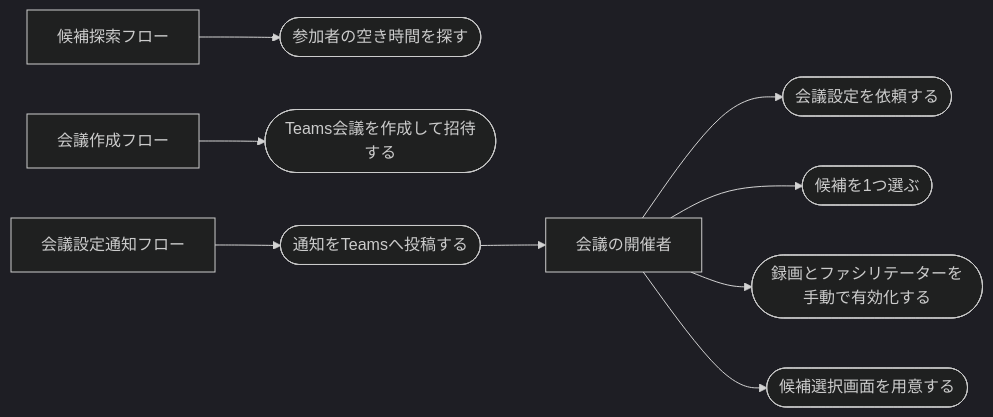
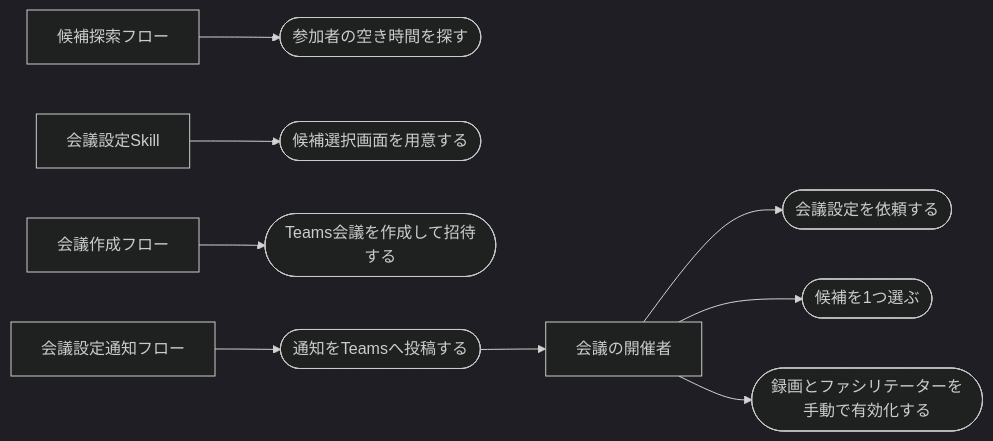
The diagram in apps/meeting-setup-automation/specs/meeting-scheduling/requirements.md (dnode-ryosuke-yamazaki/study), drawn with Mermaid (dark theme) before and after one commit. The commit also changed other lines of this file and 4 other files, not shown here.

````diff
--- a/apps/meeting-setup-automation/specs/meeting-scheduling/requirements.md
+++ b/apps/meeting-setup-automation/specs/meeting-scheduling/requirements.md
@@ -27,24 +27,25 @@
 ```mermaid
 flowchart LR
     organizer["会議の開催者"]
+    skill["会議設定Skill"]
     searchflow["候補探索フロー"]
     createflow["会議作成フロー"]
     notifyflow["会議設定通知フロー"]
 
     uc1(["会議設定を依頼する"])
     uc2(["参加者の空き時間を探す"])
     uc3(["候補選択画面を用意する"])
     uc4(["候補を1つ選ぶ"])
     uc5(["Teams会議を作成して招待する"])
     uc6(["録画とファシリテーターを手動で有効化する"])
     uc7(["通知をTeamsへ投稿する"])
 
     organizer --> uc1
     organizer --> uc4
     organizer --> uc6
     searchflow --> uc2
-    organizer --> uc3
+    skill --> uc3
     createflow --> uc5
     notifyflow --> uc7
     uc7 --> organizer
 ```
````
